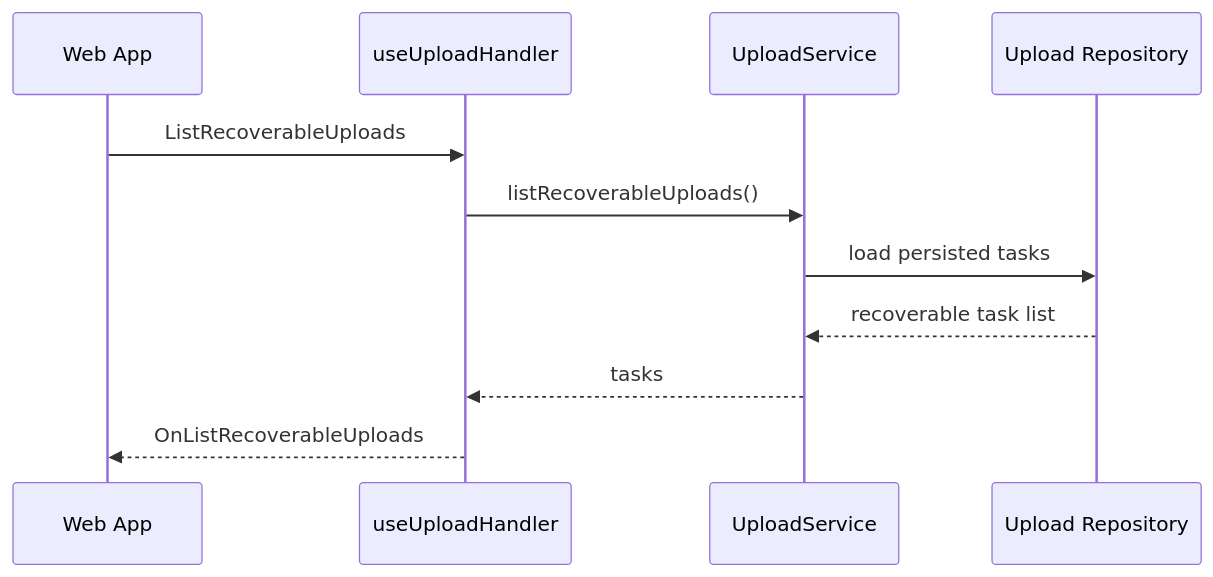
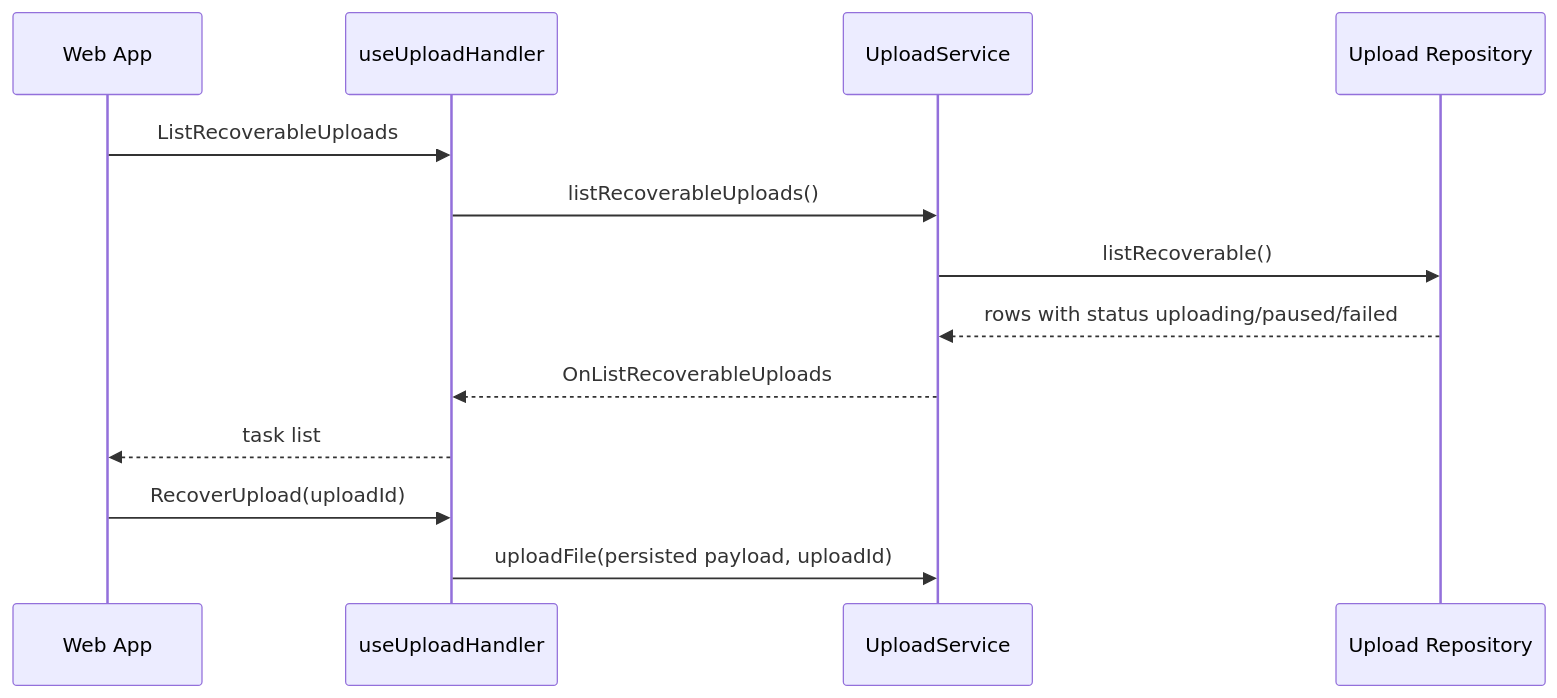
Before and after one commit to lemoncloud-io/dou-app: the third of 3 diagrams in apps/mobile/docs/upload.md, drawn with Mermaid. The commit also changed other lines of this file, not shown here.

First line of the commit message:
docs(mobile): rewrite the upload doc in english

````diff
--- a/apps/mobile/docs/upload.md
+++ b/apps/mobile/docs/upload.md
@@ -55,14 +67,17 @@
 ```mermaid
 sequenceDiagram
     participant Web as Web App
     participant Handler as useUploadHandler
     participant Service as UploadService
     participant Repo as Upload Repository
 
     Web->>Handler: ListRecoverableUploads
     Handler->>Service: listRecoverableUploads()
-    Service->>Repo: load persisted tasks
-    Repo-->>Service: recoverable task list
-    Service-->>Handler: tasks
-    Handler-->>Web: OnListRecoverableUploads
+    Service->>Repo: listRecoverable()
+    Repo-->>Service: rows with status uploading/paused/failed
+    Service-->>Handler: OnListRecoverableUploads
+    Handler-->>Web: task list
+
+    Web->>Handler: RecoverUpload(uploadId)
+    Handler->>Service: uploadFile(persisted payload, uploadId)
 ```
````
